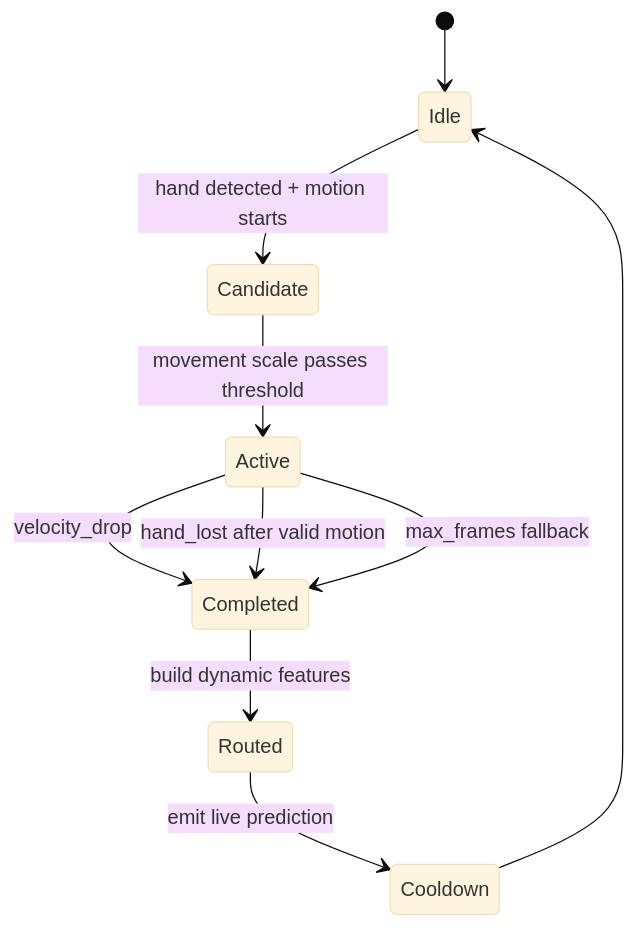
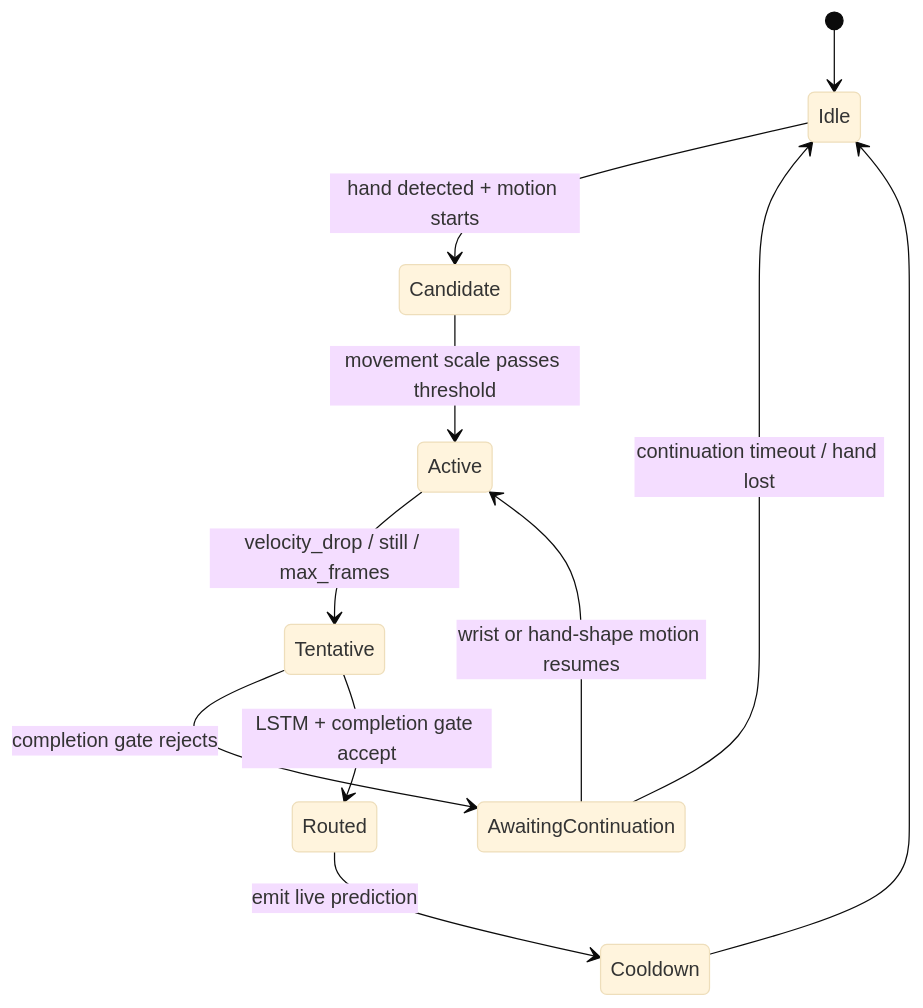
One commit to Rafaildavar/DPLM changed the second of 3 diagrams in docs/contest/ML_SYSTEM_DESIGN.md. Above: the diagram before and after it, drawn with Mermaid (base theme). The commit also changed other lines of this file and 24 other files, not shown here.

Commit message:
Add adaptive dynamic gesture completion gate

````diff
--- a/docs/contest/ML_SYSTEM_DESIGN.md
+++ b/docs/contest/ML_SYSTEM_DESIGN.md
@@ -258,12 +284,13 @@
 ```mermaid
 stateDiagram-v2
     [*] --> Idle
     Idle --> Candidate: hand detected + motion starts
     Candidate --> Active: movement scale passes threshold
-    Active --> Completed: velocity_drop
-    Active --> Completed: hand_lost after valid motion
-    Active --> Completed: max_frames fallback
-    Completed --> Routed: build dynamic features
+    Active --> Tentative: velocity_drop / still / max_frames
+    Tentative --> AwaitingContinuation: completion gate rejects
+    AwaitingContinuation --> Active: wrist or hand-shape motion resumes
+    AwaitingContinuation --> Idle: continuation timeout / hand lost
+    Tentative --> Routed: LSTM + completion gate accept
     Routed --> Cooldown: emit live prediction
     Cooldown --> Idle
 ```
````
